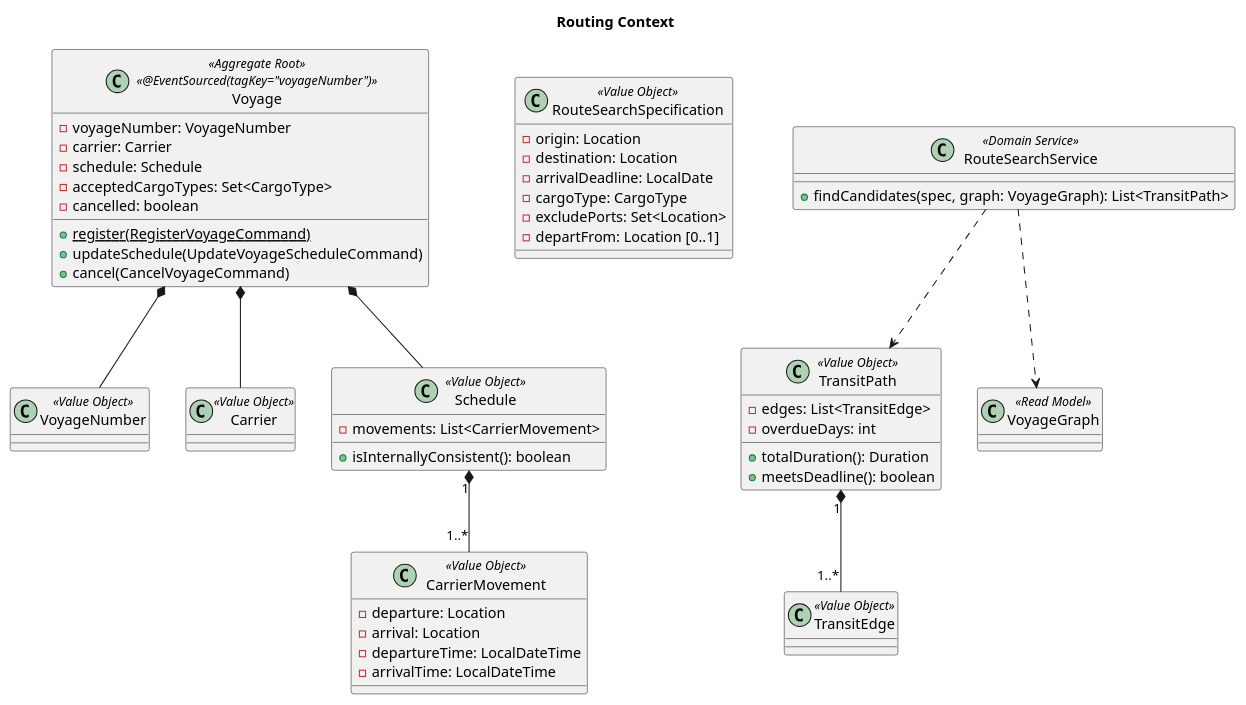
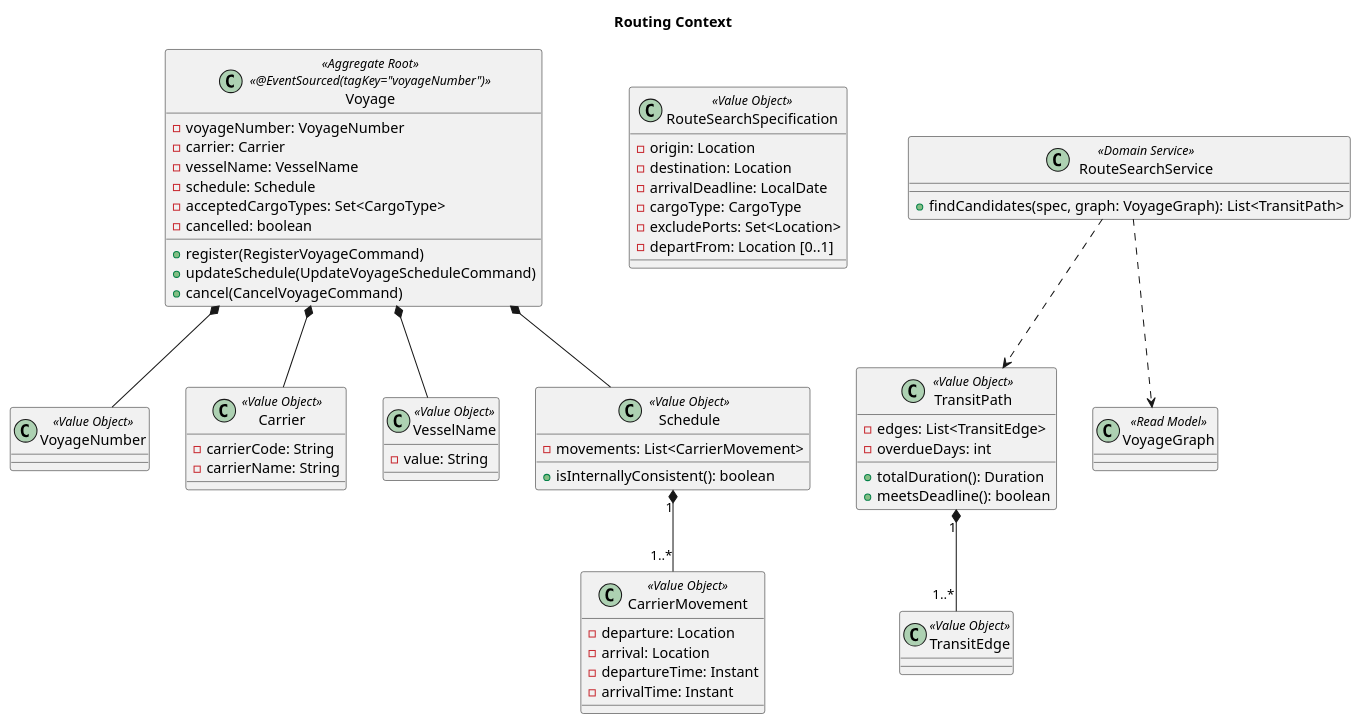
One commit to k2works/case-study-cargo-tracker changed the sixth of 13 diagrams in docs/design/cargo-tracker/domain-model.md. Above: the diagram before and after it, drawn with PlantUML. The commit also changed other lines of this file and 5 other files, not shown here.

````diff
--- a/docs/design/cargo-tracker/domain-model.md
+++ b/docs/design/cargo-tracker/domain-model.md
@@ -590,59 +597,67 @@
 ```plantuml
 @startuml
 title Routing Context
 
 class Voyage <<Aggregate Root>> <<@EventSourced(tagKey="voyageNumber")>> {
   - voyageNumber: VoyageNumber
   - carrier: Carrier
+  - vesselName: VesselName
   - schedule: Schedule
   - acceptedCargoTypes: Set<CargoType>
   - cancelled: boolean
-  + {static} register(RegisterVoyageCommand)
+  + register(RegisterVoyageCommand)
   + updateSchedule(UpdateVoyageScheduleCommand)
   + cancel(CancelVoyageCommand)
 }
 class VoyageNumber <<Value Object>>
-class Carrier <<Value Object>>
+class Carrier <<Value Object>> {
+  - carrierCode: String
+  - carrierName: String
+}
+class VesselName <<Value Object>> {
+  - value: String
+}
 class Schedule <<Value Object>> {
   - movements: List<CarrierMovement>
   + isInternallyConsistent(): boolean
 }
 class CarrierMovement <<Value Object>> {
   - departure: Location
   - arrival: Location
-  - departureTime: LocalDateTime
-  - arrivalTime: LocalDateTime
+  - departureTime: Instant
+  - arrivalTime: Instant
 }
 
 class RouteSearchSpecification <<Value Object>> {
   - origin: Location
   - destination: Location
   - arrivalDeadline: LocalDate
   - cargoType: CargoType
   - excludePorts: Set<Location>
   - departFrom: Location [0..1]
 }
 class TransitPath <<Value Object>> {
   - edges: List<TransitEdge>
   - overdueDays: int
   + totalDuration(): Duration
   + meetsDeadline(): boolean
 }
 class TransitEdge <<Value Object>>
 
 class RouteSearchService <<Domain Service>> {
   + findCandidates(spec, graph: VoyageGraph): List<TransitPath>
 }
 class VoyageGraph <<Read Model>> {
   ' 投影テーブル voyage / carrier_movement から組む
 }
 
 Voyage *-- VoyageNumber
 Voyage *-- Carrier
+Voyage *-- VesselName
 Voyage *-- Schedule
 Schedule "1" *-- "1..*" CarrierMovement
 TransitPath "1" *-- "1..*" TransitEdge
 RouteSearchService ..> VoyageGraph
 RouteSearchService ..> TransitPath
 @enduml
 ```
````
